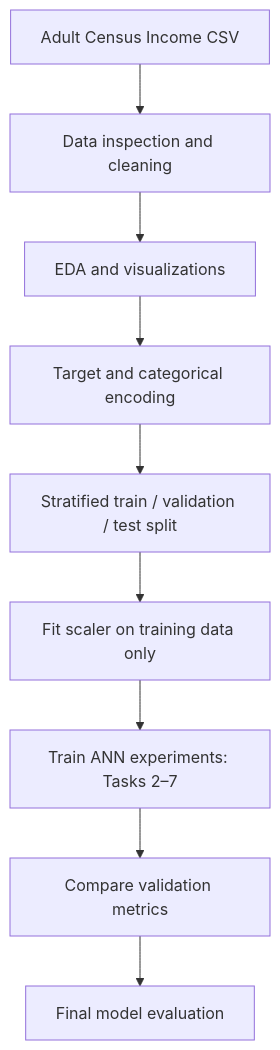
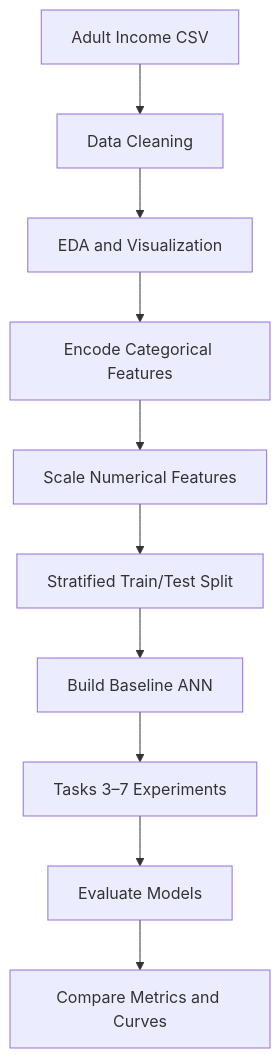
The diagram in README.md (pmanan2031-web/PR-2.DEEP-LEARNING), drawn with Mermaid before and after one commit. The commit also changed other lines of this file, not shown here.

````diff
--- a/README.md
+++ b/README.md
@@ -37,11 +104,12 @@
 ```mermaid
 flowchart TD
-    A[Adult Census Income CSV] --> B[Data inspection and cleaning]
-    B --> C[EDA and visualizations]
-    C --> D[Target and categorical encoding]
-    D --> E[Stratified train / validation / test split]
-    E --> F[Fit scaler on training data only]
-    F --> G[Train ANN experiments: Tasks 2–7]
-    G --> H[Compare validation metrics]
-    H --> I[Final model evaluation]
+    A["Adult Income CSV"] --> B["Data Cleaning"]
+    B --> C["EDA and Visualization"]
+    C --> D["Encode Categorical Features"]
+    D --> E["Scale Numerical Features"]
+    E --> F["Stratified Train/Test Split"]
+    F --> G["Build Baseline ANN"]
+    G --> H["Tasks 3–7 Experiments"]
+    H --> I["Evaluate Models"]
+    I --> J["Compare Metrics and Curves"]
 ```
````
